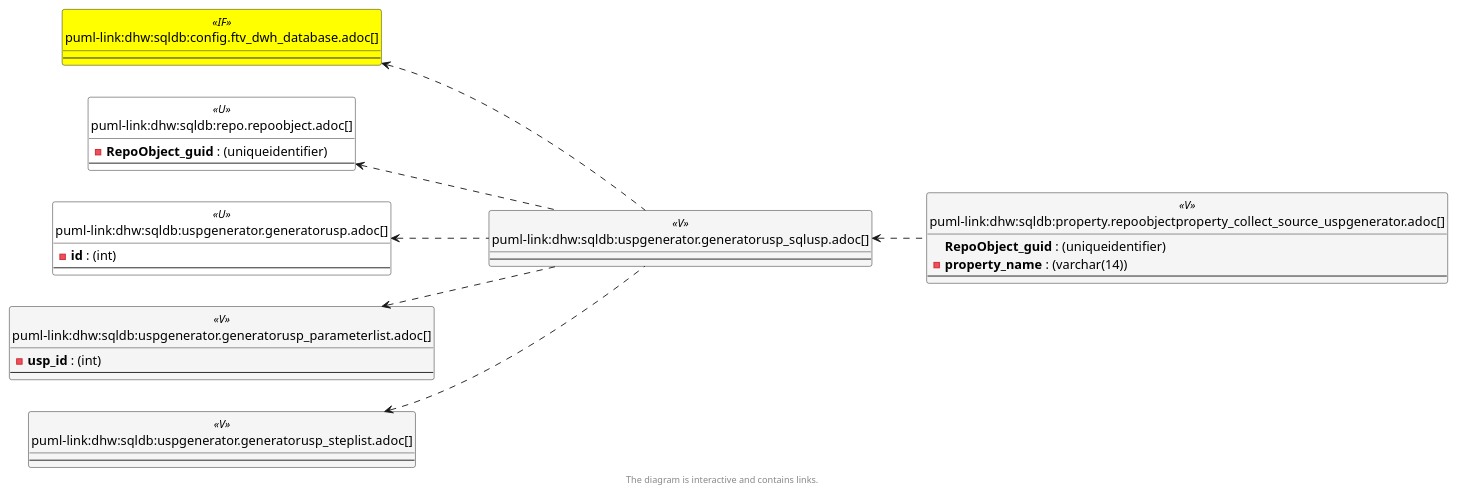
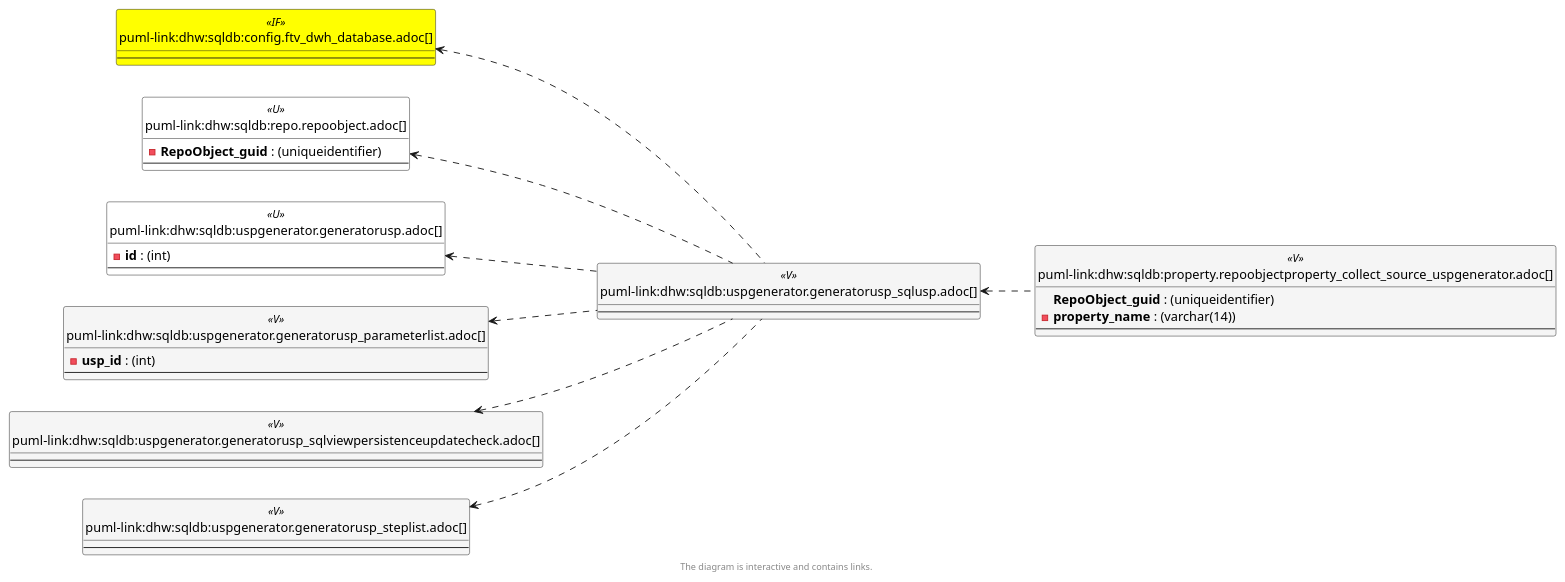
One commit to DataHandwerk/dhw-antora-sqldb changed the third of 6 diagrams in docs/modules/sqldb/partials/content/uspgenerator.generatorusp_sqlusp.adoc. Above: the diagram before and after it, drawn with PlantUML. The commit also changed other lines of this file and 701 other files, not shown here.

```diff
--- a/docs/modules/sqldb/partials/content/uspgenerator.generatorusp_sqlusp.adoc
+++ b/docs/modules/sqldb/partials/content/uspgenerator.generatorusp_sqlusp.adoc
@@ -890,74 +918,79 @@
 [plantuml, entity_1_1_objectref-{docname}, svg, subs=macros]
 ....
 @startuml
 left to right direction
 'top to bottom direction
 hide circle
 'avoide "." issues:
 set namespaceSeparator none
 
 
 skinparam class {
   BackgroundColor White
   BackgroundColor<<FN>> Yellow
   BackgroundColor<<FS>> Yellow
   BackgroundColor<<FT>> LightGray
   BackgroundColor<<IF>> Yellow
   BackgroundColor<<IS>> Yellow
   BackgroundColor<<P>>  Aqua
   BackgroundColor<<PC>> Aqua
   BackgroundColor<<SN>> Yellow
   BackgroundColor<<SO>> SlateBlue
   BackgroundColor<<TF>> LightGray
   BackgroundColor<<TR>> Tomato
   BackgroundColor<<U>>  White
   BackgroundColor<<V>>  WhiteSmoke
   BackgroundColor<<X>>  Aqua
   BackgroundColor<<external>> AliceBlue
 }
 
 
 entity "puml-link:dhw:sqldb:config.ftv_dwh_database.adoc[]" as config.ftv_dwh_database << IF >> {
   --
 }
 
 entity "puml-link:dhw:sqldb:property.repoobjectproperty_collect_source_uspgenerator.adoc[]" as property.RepoObjectProperty_Collect_source_uspgenerator << V >> {
   **RepoObject_guid** : (uniqueidentifier)
   - **property_name** : (varchar(14))
   --
 }
 
 entity "puml-link:dhw:sqldb:repo.repoobject.adoc[]" as repo.RepoObject << U >> {
   - **RepoObject_guid** : (uniqueidentifier)
   --
 }
 
 entity "puml-link:dhw:sqldb:uspgenerator.generatorusp.adoc[]" as uspgenerator.GeneratorUsp << U >> {
   - **id** : (int)
   --
 }
 
 entity "puml-link:dhw:sqldb:uspgenerator.generatorusp_parameterlist.adoc[]" as uspgenerator.GeneratorUsp_ParameterList << V >> {
   - **usp_id** : (int)
   --
 }
 
 entity "puml-link:dhw:sqldb:uspgenerator.generatorusp_sqlusp.adoc[]" as uspgenerator.GeneratorUsp_SqlUsp << V >> {
   --
 }
 
+entity "puml-link:dhw:sqldb:uspgenerator.generatorusp_sqlviewpersistenceupdatecheck.adoc[]" as uspgenerator.GeneratorUsp_SqlViewPersistenceUpdateCheck << V >> {
+  --
+}
+
 entity "puml-link:dhw:sqldb:uspgenerator.generatorusp_steplist.adoc[]" as uspgenerator.GeneratorUsp_StepList << V >> {
   --
 }
 
 config.ftv_dwh_database <.. uspgenerator.GeneratorUsp_SqlUsp
 repo.RepoObject <.. uspgenerator.GeneratorUsp_SqlUsp
 uspgenerator.GeneratorUsp <.. uspgenerator.GeneratorUsp_SqlUsp
 uspgenerator.GeneratorUsp_ParameterList <.. uspgenerator.GeneratorUsp_SqlUsp
 uspgenerator.GeneratorUsp_SqlUsp <.. property.RepoObjectProperty_Collect_source_uspgenerator
+uspgenerator.GeneratorUsp_SqlViewPersistenceUpdateCheck <.. uspgenerator.GeneratorUsp_SqlUsp
 uspgenerator.GeneratorUsp_StepList <.. uspgenerator.GeneratorUsp_SqlUsp
 
 footer The diagram is interactive and contains links.
 
 @enduml
 ....
```
